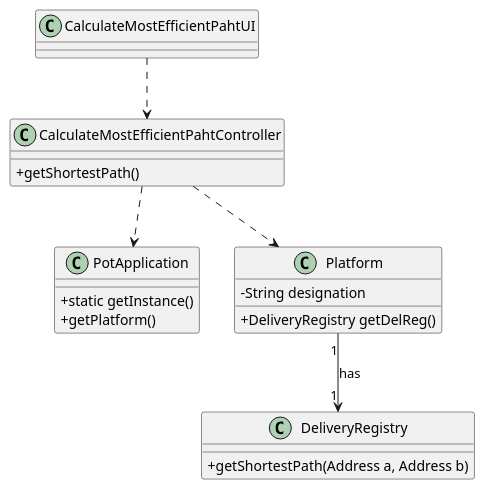
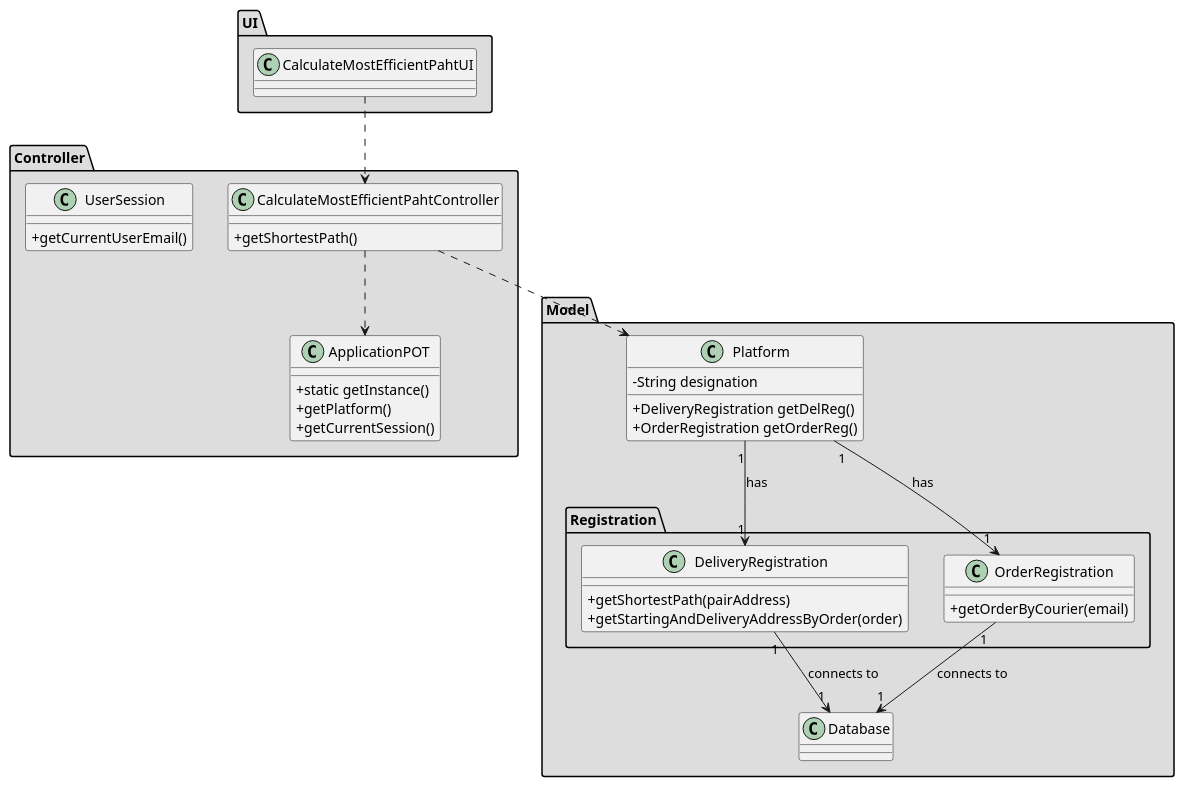
One commit to tiagoavcosta25/LAPR3 changed the diagram in docs/Iteration 1/Delivery Management/US23_CalculateMostEfficientPath/US23_CD.puml. Above: the diagram before and after it, drawn with PlantUML. The commit also changed 16 other files, not shown here.

Commit message:
LAPR2AP2-121 #fixing SD and CD [Design] LAPR2AP2-127 #close SSD, MD, SD and CD [Design] LAPR2AP2-124 #fixing diagram issues [Design]

```diff
--- a/docs/Iteration 1/Delivery Management/US23_CalculateMostEfficientPath/US23_CD.puml
+++ b/docs/Iteration 1/Delivery Management/US23_CalculateMostEfficientPath/US23_CD.puml
@@ -1,32 +1,51 @@
 @startuml
 skinparam classAttributeIconSize 0
 
-class PotApplication
+
+package "UI" #DDDDDD {
+class CalculateMostEfficientPahtUI{
+
+}
+}
+package "Controller" #DDDDDD {
+class CalculateMostEfficientPahtController{
++getShortestPath()
+}
+class ApplicationPOT
 {
   +static getInstance()
   +getPlatform()
+    +getCurrentSession()
 }
-
-class CalculateMostEfficientPahtUI{
-
+class UserSession
+{
+  +getCurrentUserEmail()
 }
-
-class CalculateMostEfficientPahtController{
-+getShortestPath()
 }
-
+package "Model" #DDDDDD {
 class Platform {
   -String designation
-  +DeliveryRegistry getDelReg()
+  +DeliveryRegistration getDelReg()
+  +OrderRegistration getOrderReg()
 }
-class DeliveryRegistry{
-+getShortestPath(Address a, Address b)
+package "Registration" #DDDDDD {
+class DeliveryRegistration{
++getShortestPath(pairAddress)
++getStartingAndDeliveryAddressByOrder(order)
 }
-
-
+class OrderRegistration{
++getOrderByCourier(email)
+}
+}
+class Database{
+}
+}
 
 CalculateMostEfficientPahtUI ..> CalculateMostEfficientPahtController
 CalculateMostEfficientPahtController ..> Platform
-CalculateMostEfficientPahtController ..> PotApplication
-Platform "1" --> "1" DeliveryRegistry : has
+CalculateMostEfficientPahtController ..> ApplicationPOT
+Platform "1" --> "1" DeliveryRegistration : has
+Platform "1" --> "1" OrderRegistration : has
+OrderRegistration "1" --> "1" Database : connects to
+DeliveryRegistration "1" --> "1" Database : connects to
 @enduml
```
